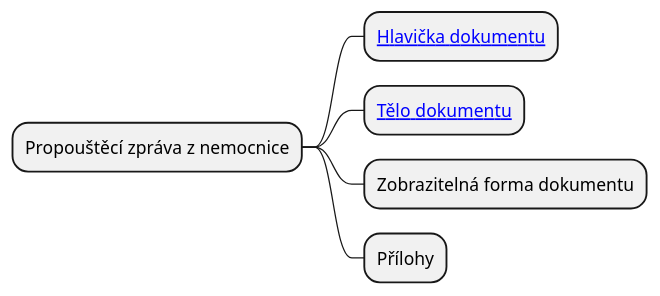
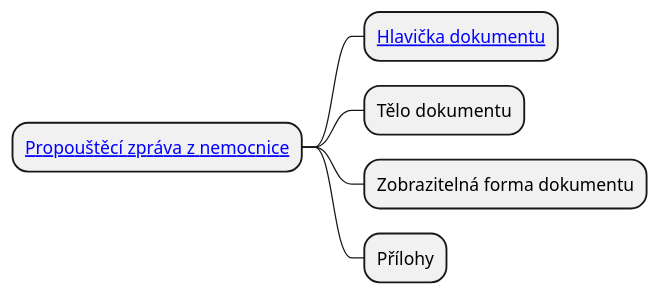
Before and after one commit to HL7-cz/hdr: the diagram in input/images-source/hdr-mindmap-cs.plantuml, drawn with PlantUML. The commit also changed 20 other files, not shown here.

```diff
--- a/input/images-source/hdr-mindmap-cs.plantuml
+++ b/input/images-source/hdr-mindmap-cs.plantuml
@@ -1,7 +1,7 @@
 @startmindmap
-* Propouštěcí zpráva z nemocnice
-** [[#header Hlavička dokumentu]]
-** [[#body Tělo dokumentu]]
+* [[StructureDefinition-LogHospitalDischargeReportCz.html Propouštěcí zpráva z nemocnice]]
+** [[StructureDefinition-LogHeaderHdrCz.html Hlavička dokumentu]]
+** Tělo dokumentu
 ** Zobrazitelná forma dokumentu
 ** Přílohy
 @endmindmap
```
